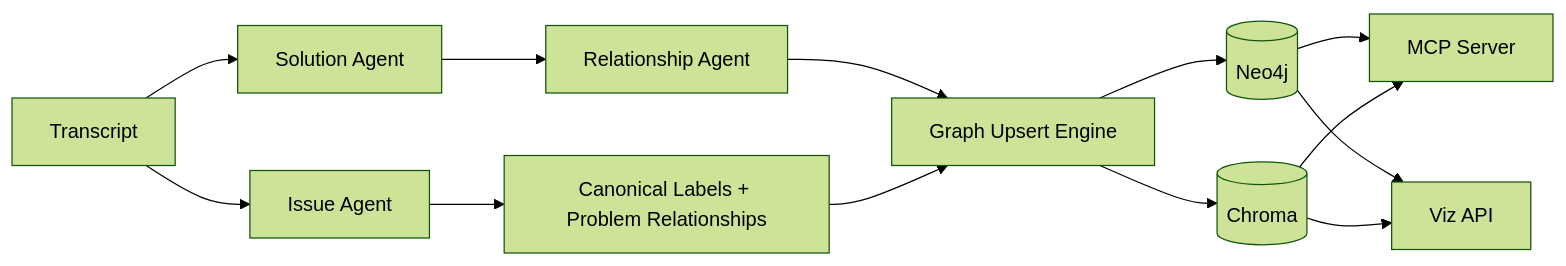
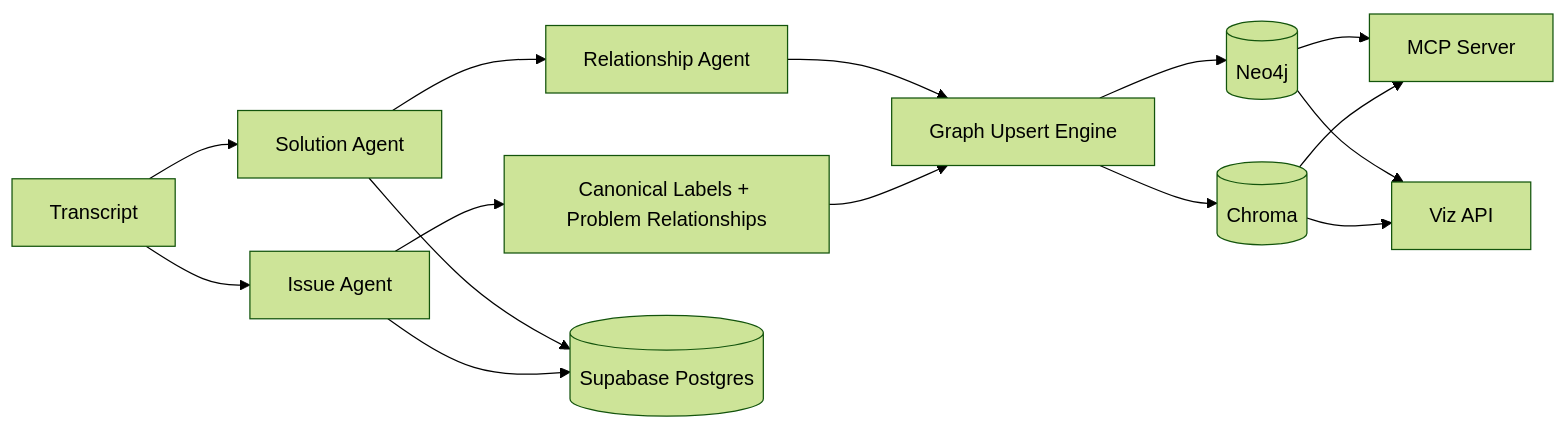
One commit to harsh-raj-singh/orange changed the diagram in README.md. Above: the diagram before and after it, drawn with Mermaid (forest theme). The commit also changed other lines of this file and 11 other files, not shown here.

````diff
--- a/README.md
+++ b/README.md
@@ -17,15 +18,17 @@
 ```mermaid
 flowchart LR
     A[Transcript] --> B[Solution Agent]
     A --> C[Issue Agent]
     B --> D[Relationship Agent]
     C --> E[Canonical Labels + Problem Relationships]
     D --> F[Graph Upsert Engine]
     E --> F
     F --> G[(Neo4j)]
     F --> H[(Chroma)]
+    B --> P[(Supabase Postgres)]
+    C --> P
     G --> I[MCP Server]
     H --> I
     G --> J[Viz API]
     H --> J
 ```
````
